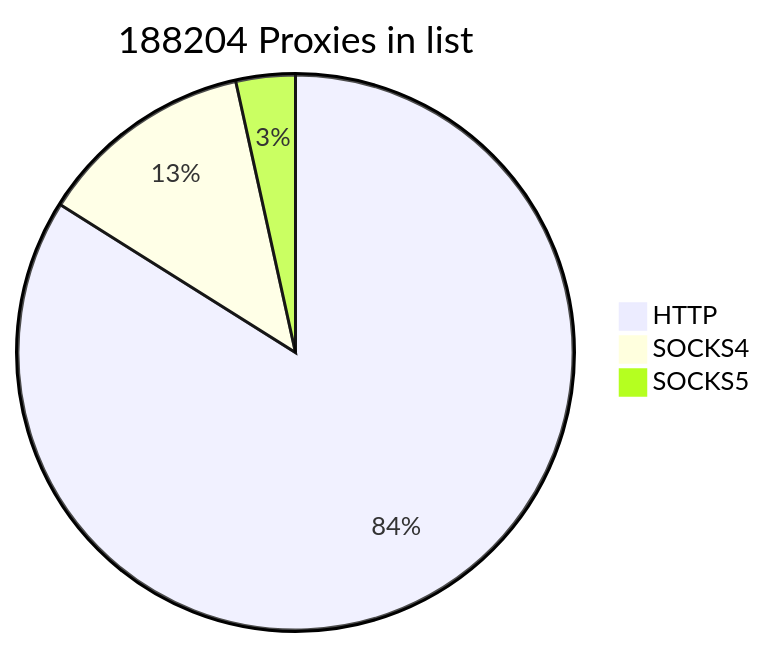
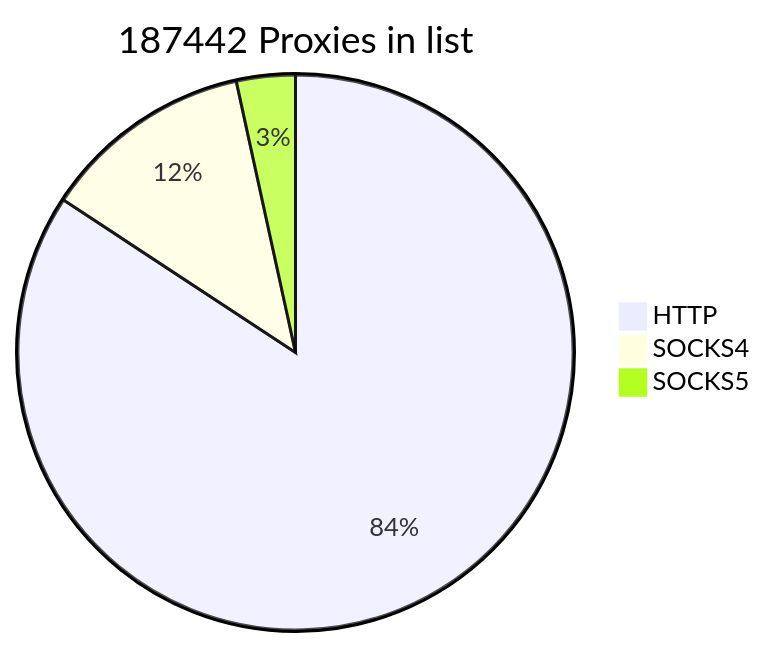
One commit to cutipu/proxylist changed the first of 2 diagrams in README.md. Above: the diagram before and after it, drawn with Mermaid. The commit also changed other lines of this file, not shown here.

````diff
--- a/README.md
+++ b/README.md
@@ -2,7 +2,7 @@
 ```mermaid
-pie title 188204 Proxies in list
-    "HTTP" : 157961
-    "SOCKS4" : 23744
-    "SOCKS5" : 6499
+pie title 187442 Proxies in list
+    "HTTP" : 157936
+    "SOCKS4" : 23090
+    "SOCKS5" : 6416
             
 ```
````
